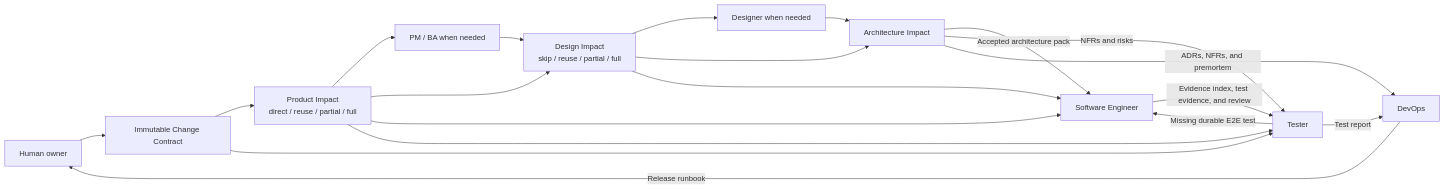
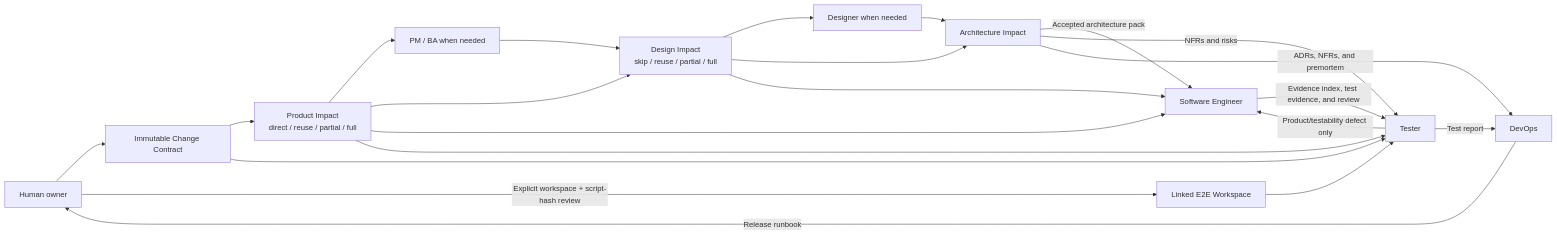
Before and after one commit to davych/agents-instruction: the diagram in guidelines/roles/README.md, drawn with Mermaid. The commit also changed other lines of this file and 65 other files, not shown here.

````diff
--- a/guidelines/roles/README.md
+++ b/guidelines/roles/README.md
@@ -7,22 +7,24 @@
 ```mermaid
 flowchart LR
   Human["Human owner"] --> Contract["Immutable Change Contract"]
   Contract --> Product["Product Impact<br/>direct / reuse / partial / full"]
   Product --> PMBA["PM / BA when needed"]
   Product --> Design["Design Impact<br/>skip / reuse / partial / full"]
   PMBA --> Design
   Design --> Designer["Designer when needed"]
   Design --> Architect["Architecture Impact"]
   Designer --> Architect
   Product --> Engineer["Software Engineer"]
   Design --> Engineer
   Architect -->|"Accepted architecture pack"| Engineer
+  Human -->|"Explicit workspace + script-hash review"| E2E["Linked E2E Workspace"]
   Contract --> Tester["Tester"]
   Product --> Tester
   Architect -->|"NFRs and risks"| Tester
   Engineer -->|"Evidence index, test evidence, and review"| Tester
-  Tester -->|"Missing durable E2E test"| Engineer
+  E2E --> Tester
+  Tester -->|"Product/testability defect only"| Engineer
   Architect -->|"ADRs, NFRs, and premortem"| DevOps["DevOps"]
   Tester -->|"Test report"| DevOps
   DevOps -->|"Release runbook"| Human
 ```
````
